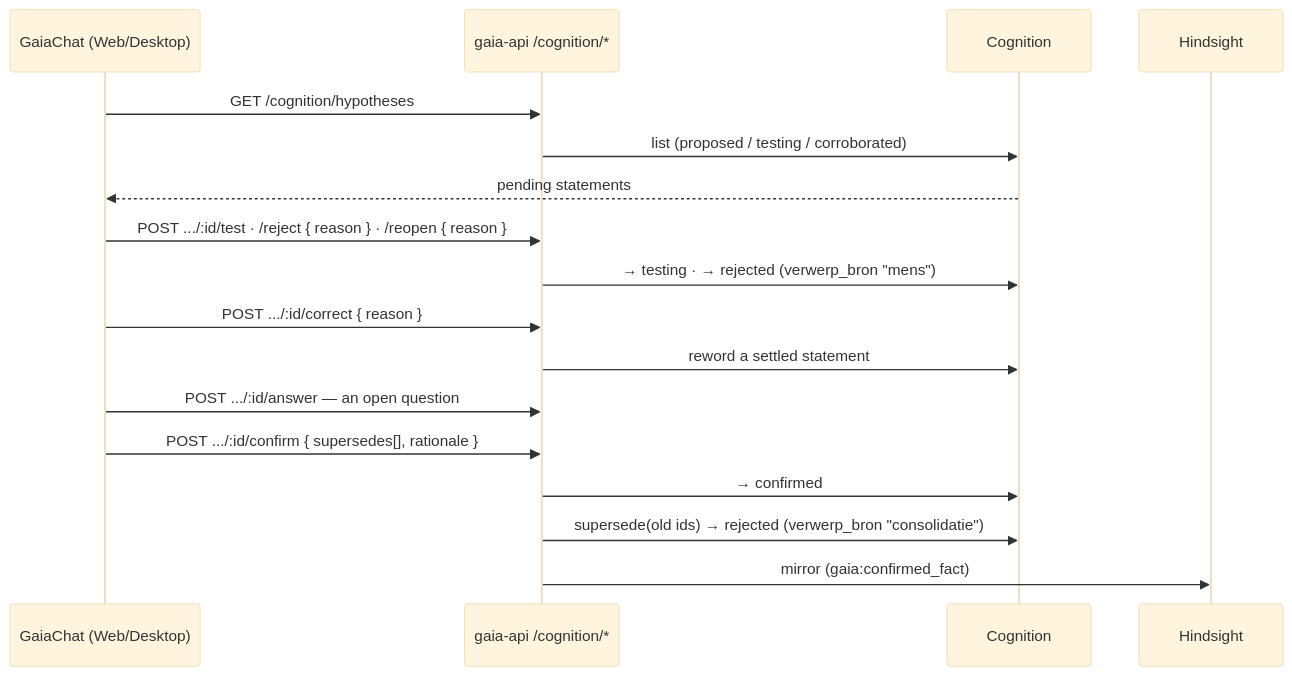
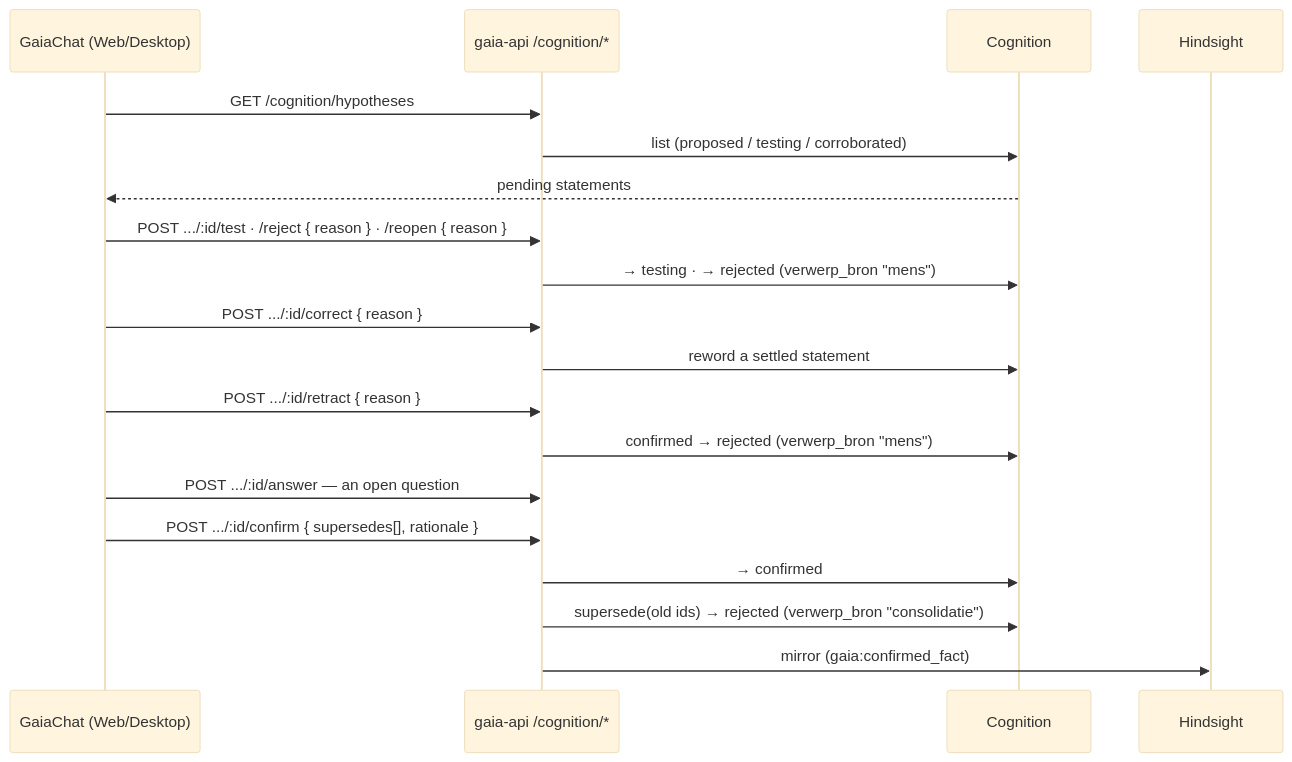
One commit to Bojanni050/Gaia-Cloud changed the fifth of 7 diagrams in docs/architecture-graph.md. Above: the diagram before and after it, drawn with Mermaid (base theme). The commit also changed other lines of this file and 2 other files, not shown here.

Commit message:
docs: retract in lifecycle- en override-diagram (architecture-graph)

````diff
--- a/docs/architecture-graph.md
+++ b/docs/architecture-graph.md
@@ -156,20 +156,22 @@
 ```mermaid
 sequenceDiagram
     participant Chat as GaiaChat (Web/Desktop)
     participant API as gaia-api /cognition/*
     participant Cog as Cognition
     participant HS as Hindsight
 
     Chat->>API: GET /cognition/hypotheses
     API->>Cog: list (proposed / testing / corroborated)
     Cog-->>Chat: pending statements
     Chat->>API: POST .../:id/test · /reject { reason } · /reopen { reason }
     API->>Cog: → testing · → rejected (verwerp_bron "mens")
     Chat->>API: POST .../:id/correct { reason }
     API->>Cog: reword a settled statement
+    Chat->>API: POST .../:id/retract { reason }
+    API->>Cog: confirmed → rejected (verwerp_bron "mens")
     Chat->>API: POST .../:id/answer — an open question
     Chat->>API: POST .../:id/confirm { supersedes[], rationale }
     API->>Cog: → confirmed
     API->>Cog: supersede(old ids) → rejected (verwerp_bron "consolidatie")
     API->>HS: mirror (gaia:confirmed_fact)
 ```
````
